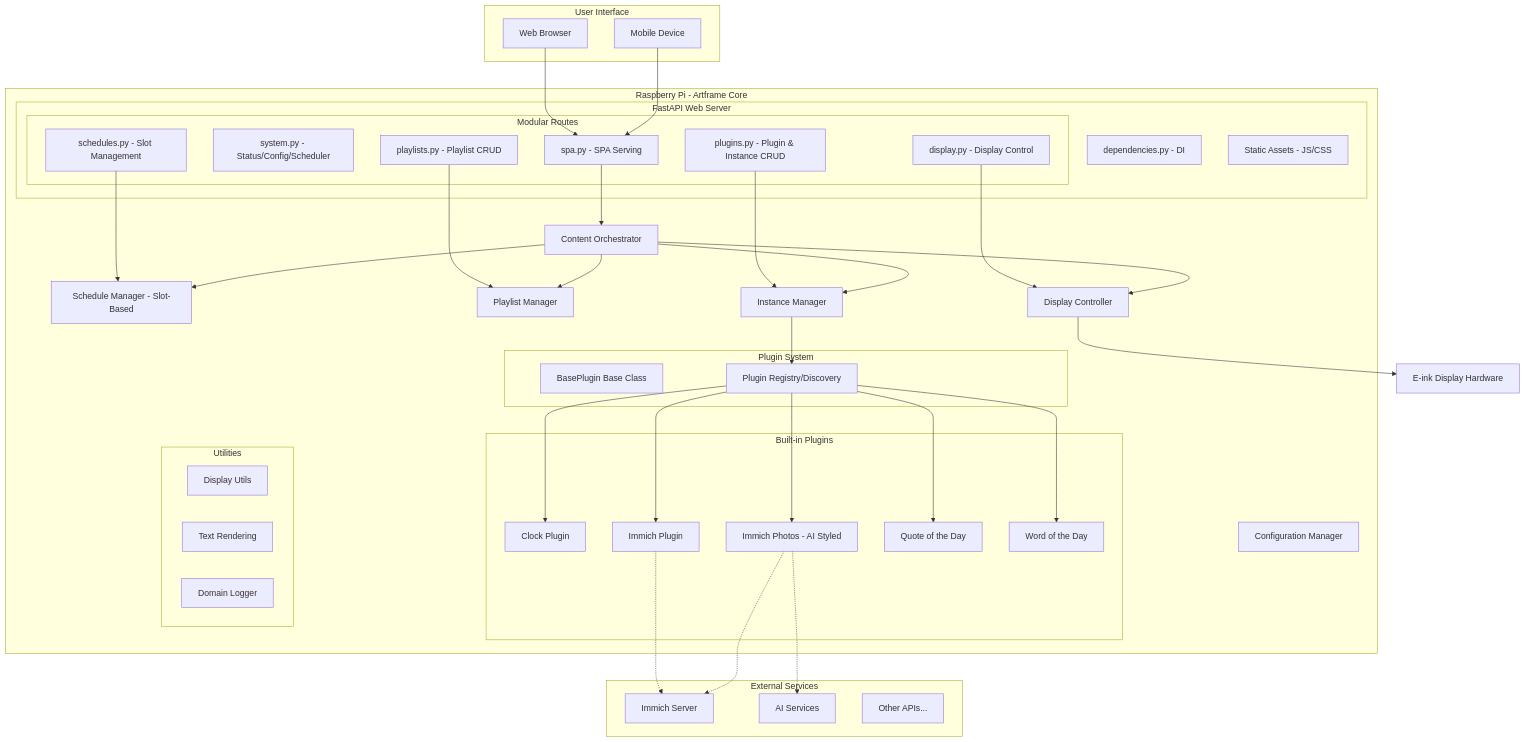
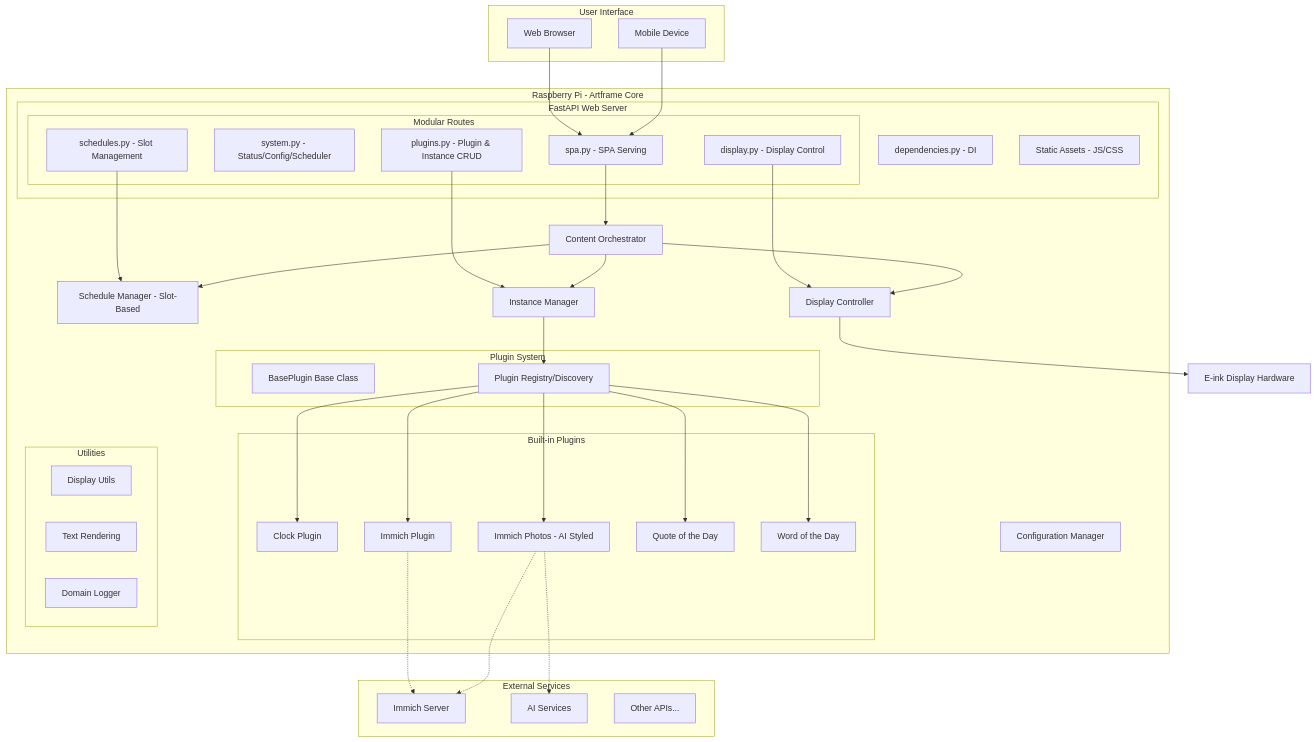
One commit to sixthshift/artframe changed the first of 3 diagrams in docs/technical-spec.md. Above: the diagram before and after it, drawn with Mermaid. The commit also changed other lines of this file and 12 other files, not shown here.

````diff
--- a/docs/technical-spec.md
+++ b/docs/technical-spec.md
@@ -204,82 +197,78 @@
 ```mermaid
 graph TB
     subgraph "User Interface"
         BROWSER[Web Browser]
         MOBILE[Mobile Device]
     end
 
     subgraph "Raspberry Pi - Artframe Core"
         subgraph "FastAPI Web Server"
             subgraph "Modular Routes"
                 SPA[spa.py - SPA Serving]
                 SYSTEM[system.py - Status/Config/Scheduler]
                 PLUGINS[plugins.py - Plugin & Instance CRUD]
                 SCHEDULES[schedules.py - Slot Management]
-                PLAYLISTS[playlists.py - Playlist CRUD]
                 DISPLAY[display.py - Display Control]
             end
             DEPS[dependencies.py - DI]
             STATIC[Static Assets - JS/CSS]
         end
 
         ORCHESTRATOR[Content Orchestrator]
         SCHEDULEMGR[Schedule Manager - Slot-Based]
-        PLAYLISTMGR[Playlist Manager]
         INSTANCEMGR[Instance Manager]
         CONFIG[Configuration Manager]
         DISPLAYCTRL[Display Controller]
 
         subgraph "Plugin System"
             PLUGINBASE[BasePlugin Base Class]
             PLUGINREGISTRY[Plugin Registry/Discovery]
         end
 
         subgraph "Built-in Plugins"
             CLOCKPLUGIN[Clock Plugin]
             IMMICHPLUGIN[Immich Plugin]
             IMMICHSTYLE[Immich Photos - AI Styled]
             QUOTEPLUGIN[Quote of the Day]
             WORDPLUGIN[Word of the Day]
         end
 
         subgraph "Utilities"
             DISPLAYUTILS[Display Utils]
             TEXTRENDER[Text Rendering]
             LOGGER[Domain Logger]
         end
     end
 
     subgraph "External Services"
         IMMICH[Immich Server]
         AI[AI Services]
         OTHER[Other APIs...]
     end
 
     EPAPER[E-ink Display Hardware]
 
     BROWSER --> SPA
     MOBILE --> SPA
     SPA --> ORCHESTRATOR
     PLUGINS --> INSTANCEMGR
     SCHEDULES --> SCHEDULEMGR
-    PLAYLISTS --> PLAYLISTMGR
     DISPLAY --> DISPLAYCTRL
 
     ORCHESTRATOR --> SCHEDULEMGR
-    ORCHESTRATOR --> PLAYLISTMGR
     ORCHESTRATOR --> INSTANCEMGR
     ORCHESTRATOR --> DISPLAYCTRL
     INSTANCEMGR --> PLUGINREGISTRY
 
     PLUGINREGISTRY --> CLOCKPLUGIN
     PLUGINREGISTRY --> IMMICHPLUGIN
     PLUGINREGISTRY --> IMMICHSTYLE
     PLUGINREGISTRY --> QUOTEPLUGIN
     PLUGINREGISTRY --> WORDPLUGIN
 
     DISPLAYCTRL --> EPAPER
 
     IMMICHPLUGIN -.-> IMMICH
     IMMICHSTYLE -.-> IMMICH
     IMMICHSTYLE -.-> AI
 ```
````
